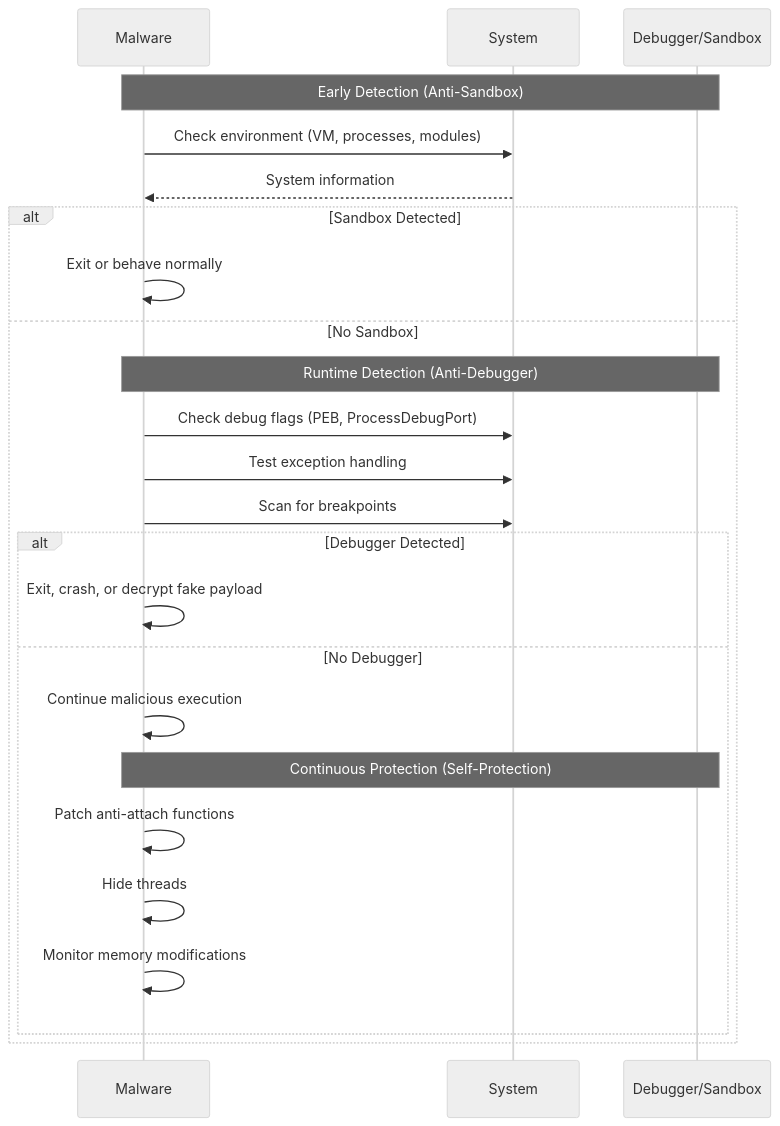
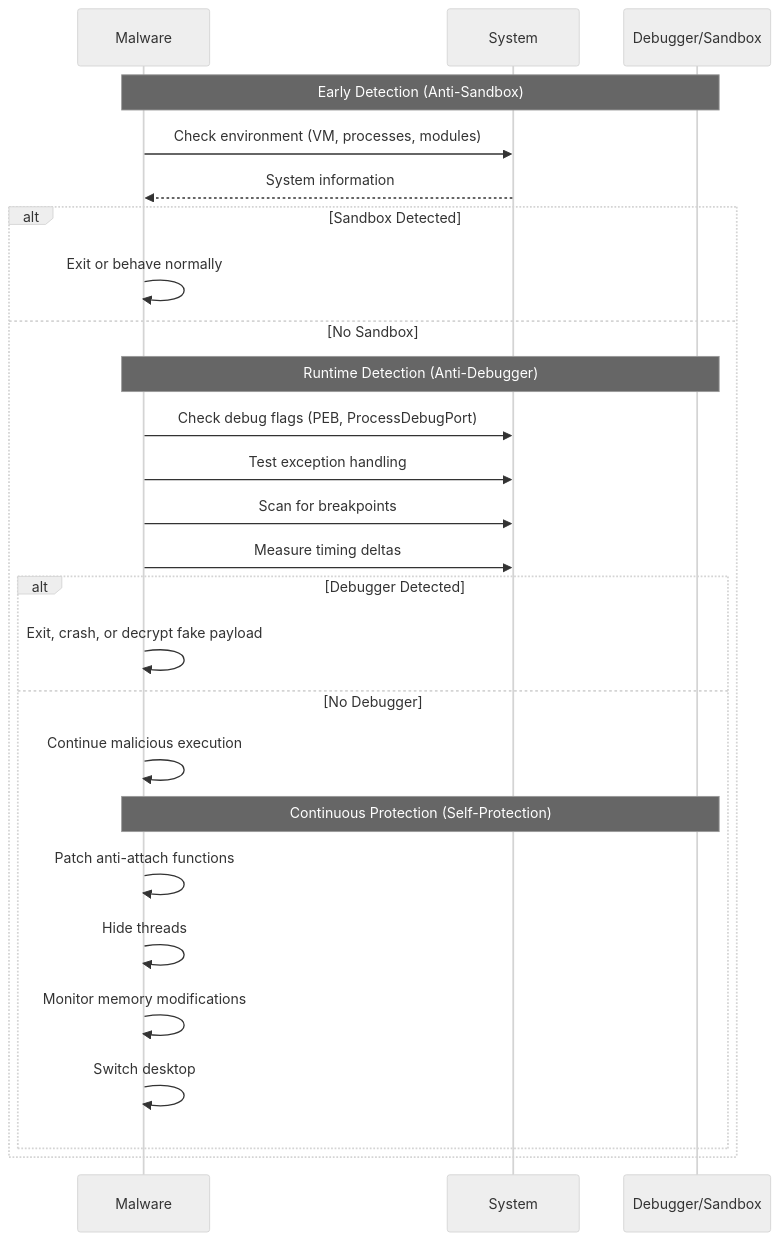
Before and after one commit to mabj/anti: the fifth of 8 diagrams in docs/diagrams/taxonomy.md, drawn with Mermaid (neutral theme). The commit also changed other lines of this file, not shown here.

````diff
--- a/docs/diagrams/taxonomy.md
+++ b/docs/diagrams/taxonomy.md
@@ -128,30 +137,32 @@
 ```mermaid
 sequenceDiagram
     participant M as Malware
     participant S as System
     participant D as Debugger/Sandbox
 
     Note over M,D: Early Detection (Anti-Sandbox)
     M->>S: Check environment (VM, processes, modules)
     S-->>M: System information
 
     alt Sandbox Detected
         M->>M: Exit or behave normally
     else No Sandbox
         Note over M,D: Runtime Detection (Anti-Debugger)
         M->>S: Check debug flags (PEB, ProcessDebugPort)
         M->>S: Test exception handling
         M->>S: Scan for breakpoints
+        M->>S: Measure timing deltas
 
         alt Debugger Detected
             M->>M: Exit, crash, or decrypt fake payload
         else No Debugger
             M->>M: Continue malicious execution
 
             Note over M,D: Continuous Protection (Self-Protection)
             M->>M: Patch anti-attach functions
             M->>M: Hide threads
             M->>M: Monitor memory modifications
+            M->>M: Switch desktop
         end
     end
 ```
````
